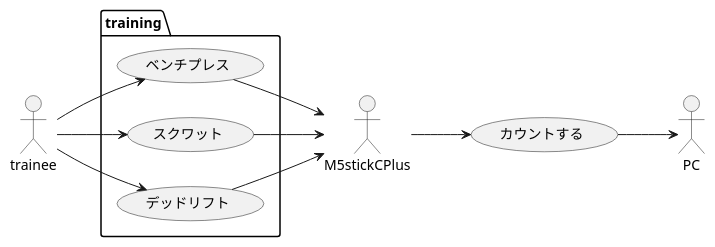
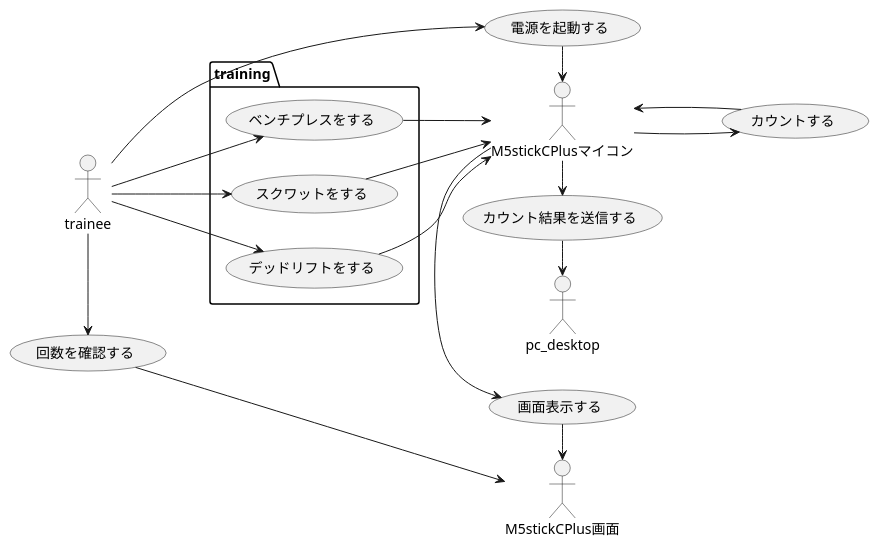
One commit to To106kit/-bodybuildingTech changed the diagram in 要求定義/アクティビティ図.pu. Above: the diagram before and after it, drawn with PlantUML.

Commit message:
ユースケースを追加

```diff
--- a/要求定義/アクティビティ図.pu
+++ b/要求定義/アクティビティ図.pu
@@ -1,23 +1,36 @@
 @startuml
 left to right direction
 ' actor
 actor trainee
-actor M5stickCPlus
-actor PC
+actor M5stickCPlusマイコン
+actor M5stickCPlus画面
+actor pc_desktop
 ' usecase
 package training {
-    usecase UC_train1 as "ベンチプレス"
-    usecase UC_train2 as "スクワット"
-    usecase UC_train3 as "デッドリフト"
+    usecase UC_train1 as "ベンチプレスをする"
+    usecase UC_train2 as "スクワットをする"
+    usecase UC_train3 as "デッドリフトをする"
 }
 usecase UC2 as "カウントする"
+usecase UC3 as "電源を起動する"
+usecase UC4 as "画面表示する"
+usecase UC5 as "カウント結果を送信する"
+usecase UC6 as "回数を確認する"
 
 trainee --> UC_train1
 trainee --> UC_train2
 trainee --> UC_train3
-UC_train1 --> M5stickCPlus
-UC_train2 --> M5stickCPlus
-UC_train3 --> M5stickCPlus
-M5stickCPlus --> UC2
-UC2 --> PC
+UC_train1 --> M5stickCPlusマイコン
+UC_train2 --> M5stickCPlusマイコン
+UC_train3 --> M5stickCPlusマイコン
+M5stickCPlusマイコン --> UC2
+UC2 --> M5stickCPlusマイコン
+trainee -> UC3
+UC3 -> M5stickCPlusマイコン
+M5stickCPlusマイコン -> UC4
+UC4 -> M5stickCPlus画面
+M5stickCPlusマイコン -> UC5
+UC5 -> pc_desktop
+trainee -> UC6
+UC6 -> M5stickCPlus画面
 @enduml
```
